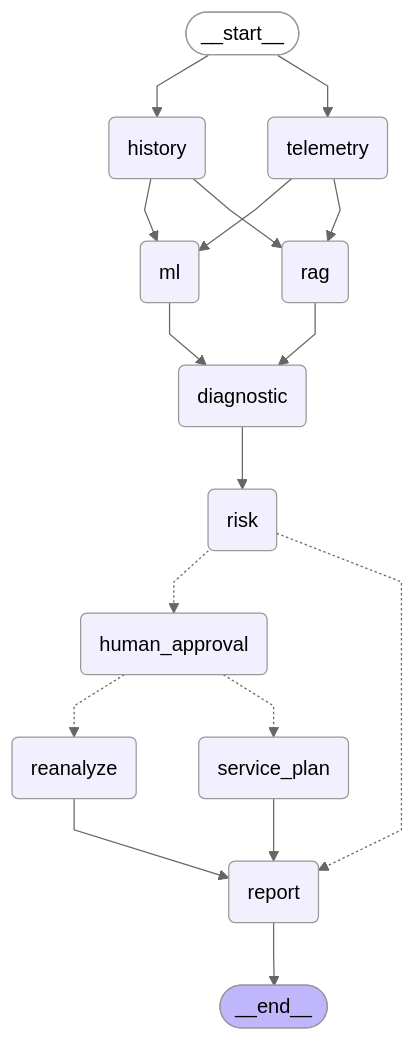
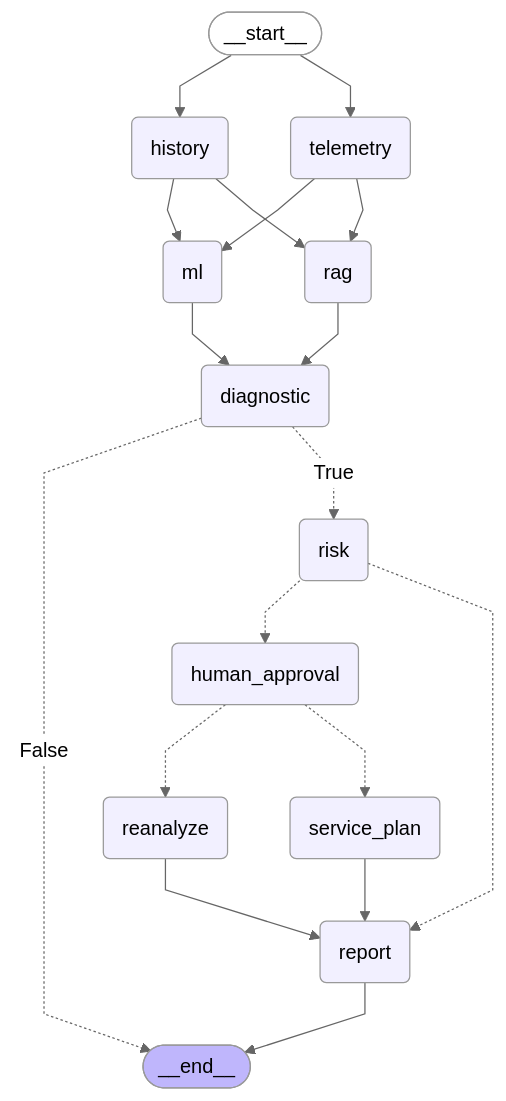
Before and after one commit to satrishabh/capstone: the diagram in src/langgraph_workflow.mmd, drawn with Mermaid (neutral theme). The commit also changed 1 other file, not shown here.

```diff
--- a/src/langgraph_workflow.mmd
+++ b/src/langgraph_workflow.mmd
@@ -1,37 +1,38 @@
 ---
 config:
   flowchart:
     curve: linear
 ---
 graph TD;
 	__start__([<p>__start__</p>]):::first
 	telemetry(telemetry)
 	history(history)
 	rag(rag)
 	ml(ml)
 	diagnostic(diagnostic)
 	risk(risk)
 	human_approval(human_approval)
 	reanalyze(reanalyze)
 	service_plan(service_plan)
 	report(report)
 	__end__([<p>__end__</p>]):::last
 	__start__ --> history;
 	__start__ --> telemetry;
-	diagnostic --> risk;
+	diagnostic -. &nbsp;False&nbsp; .-> __end__;
+	diagnostic -. &nbsp;True&nbsp; .-> risk;
 	history --> ml;
 	history --> rag;
 	human_approval -.-> reanalyze;
 	human_approval -.-> service_plan;
 	ml --> diagnostic;
 	rag --> diagnostic;
 	reanalyze --> report;
 	risk -.-> human_approval;
 	risk -.-> report;
 	service_plan --> report;
 	telemetry --> ml;
 	telemetry --> rag;
 	report --> __end__;
 	classDef default fill:#f2f0ff,line-height:1.2
 	classDef first fill-opacity:0
 	classDef last fill:#bfb6fc
```
